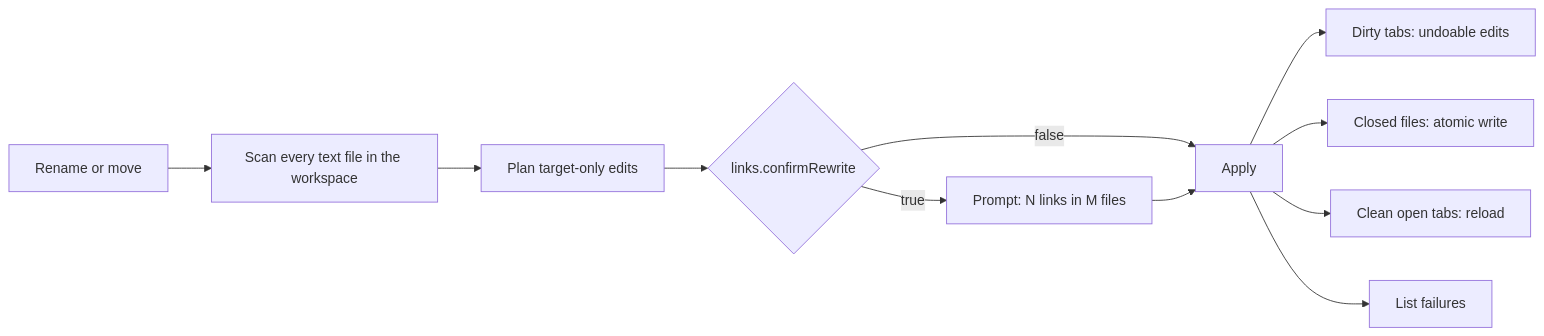
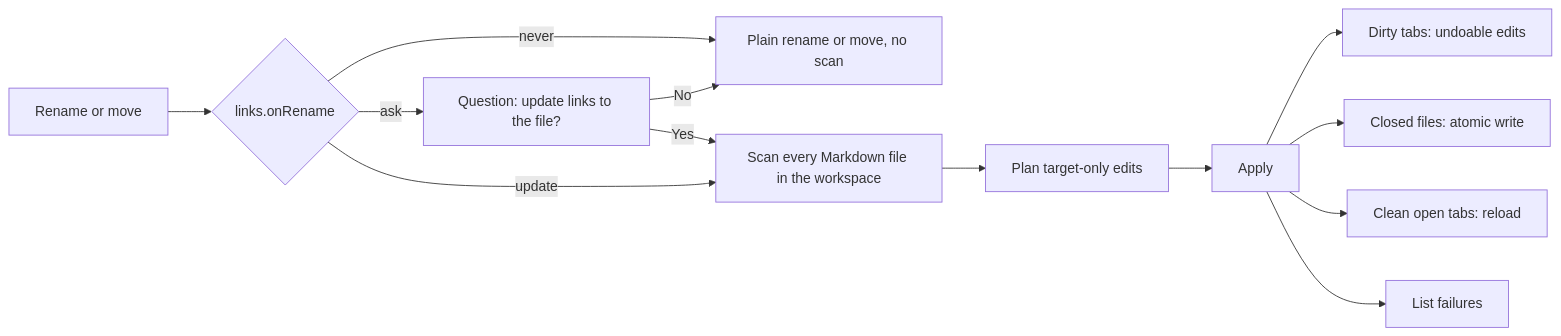
Before and after one commit to balazsbohonyi/mdmate: the third of 3 diagrams in ai-docs/architecture/architecture.md, drawn with Mermaid. The commit also changed other lines of this file and 22 other files, not shown here.

````diff
--- a/ai-docs/architecture/architecture.md
+++ b/ai-docs/architecture/architecture.md
@@ -174,13 +174,15 @@
 ```mermaid
 flowchart LR
-  R[Rename or move] --> S[Scan every text file in the workspace]
+  R[Rename or move] --> M{links.onRename}
+  M -->|never| N[Plain rename or move, no scan]
+  M -->|ask| C[Question: update links to the file?]
+  M -->|update| S
+  C -->|No| N
+  C -->|Yes| S[Scan every Markdown file in the workspace]
   S --> P[Plan target-only edits]
-  P --> Q{links.confirmRewrite}
-  Q -->|true| C[Prompt: N links in M files]
-  Q -->|false| A
-  C --> A[Apply]
+  P --> A[Apply]
   A --> D[Dirty tabs: undoable edits]
   A --> F[Closed files: atomic write]
   A --> O[Clean open tabs: reload]
   A --> X[List failures]
 ```
````
